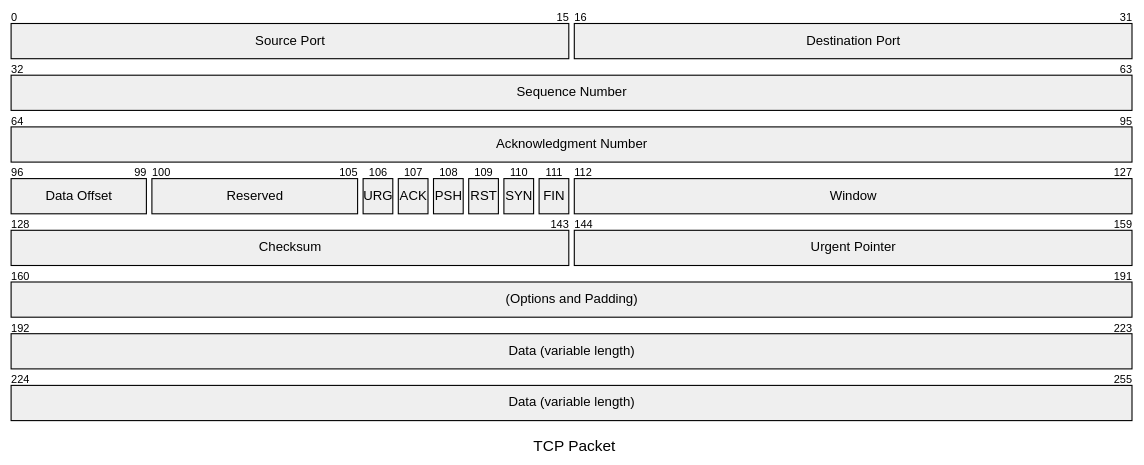
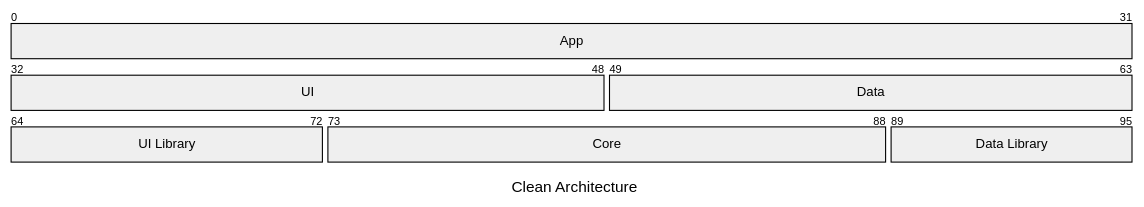
One commit to stephtelolahy/WildWestOnline changed the third of 4 diagrams in README.md. Above: the diagram before and after it, drawn with Mermaid. The commit also changed other lines of this file and 1 other file, not shown here.

````diff
--- a/README.md
+++ b/README.md
@@ -86,23 +84,12 @@
 ```mermaid
 ---
-title: "TCP Packet"
+title: "Clean Architecture"
 ---
 packet-beta
-  0-15: "Source Port"
-  16-31: "Destination Port"
-  32-63: "Sequence Number"
-  64-95: "Acknowledgment Number"
-  96-99: "Data Offset"
-  100-105: "Reserved"
-  106: "URG"
-  107: "ACK"
-  108: "PSH"
-  109: "RST"
-  110: "SYN"
-  111: "FIN"
-  112-127: "Window"
-  128-143: "Checksum"
-  144-159: "Urgent Pointer"
-  160-191: "(Options and Padding)"
-  192-255: "Data (variable length)"
+  0-31: "App"
+  32-48: "UI"
+  49-63: "Data"
+  64-72: "UI Library"
+  73-88: "Core"
+  89-95: "Data Library"
 ```
````
